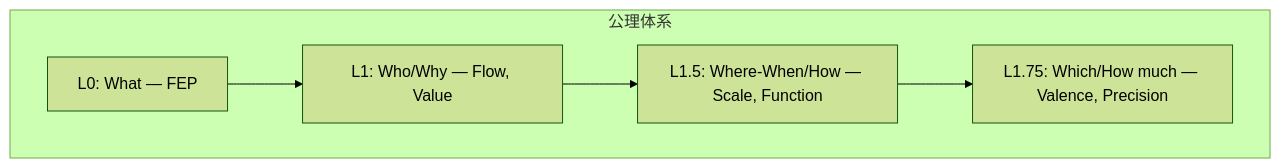
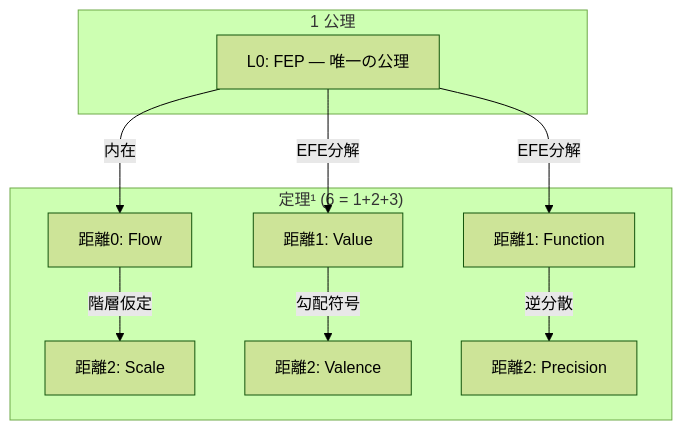
The first of 2 diagrams in kernel/axiom_hierarchy.md (laihuip001/hegemonikon), drawn with Mermaid (forest theme) before and after one commit. The commit also changed other lines of this file and 7 other files, not shown here.

````diff
--- a/kernel/axiom_hierarchy.md
+++ b/kernel/axiom_hierarchy.md
@@ -35,10 +60,20 @@
 ```mermaid
 graph TD
-    subgraph "公理体系"
-        L0["L0: What — FEP"]
-        L1["L1: Who/Why — Flow, Value"]
-        L15["L1.5: Where-When/How — Scale, Function"]
-        L175["L1.75: Which/How much — Valence, Precision"]
-        L0 --> L1 --> L15 --> L175
+    subgraph "1 公理"
+        L0["L0: FEP — 唯一の公理"]
     end
+    subgraph "定理¹ (6 = 1+2+3)"
+        D0["距離0: Flow"]
+        D1a["距離1: Value"]
+        D1b["距離1: Function"]
+        D2a["距離2: Scale"]
+        D2b["距離2: Valence"]
+        D2c["距離2: Precision"]
+    end
+    L0 -->|"内在"| D0
+    L0 -->|"EFE分解"| D1a
+    L0 -->|"EFE分解"| D1b
+    D0 -->|"階層仮定"| D2a
+    D1a -->|"勾配符号"| D2b
+    D1b -->|"逆分散"| D2c
 ```
````
